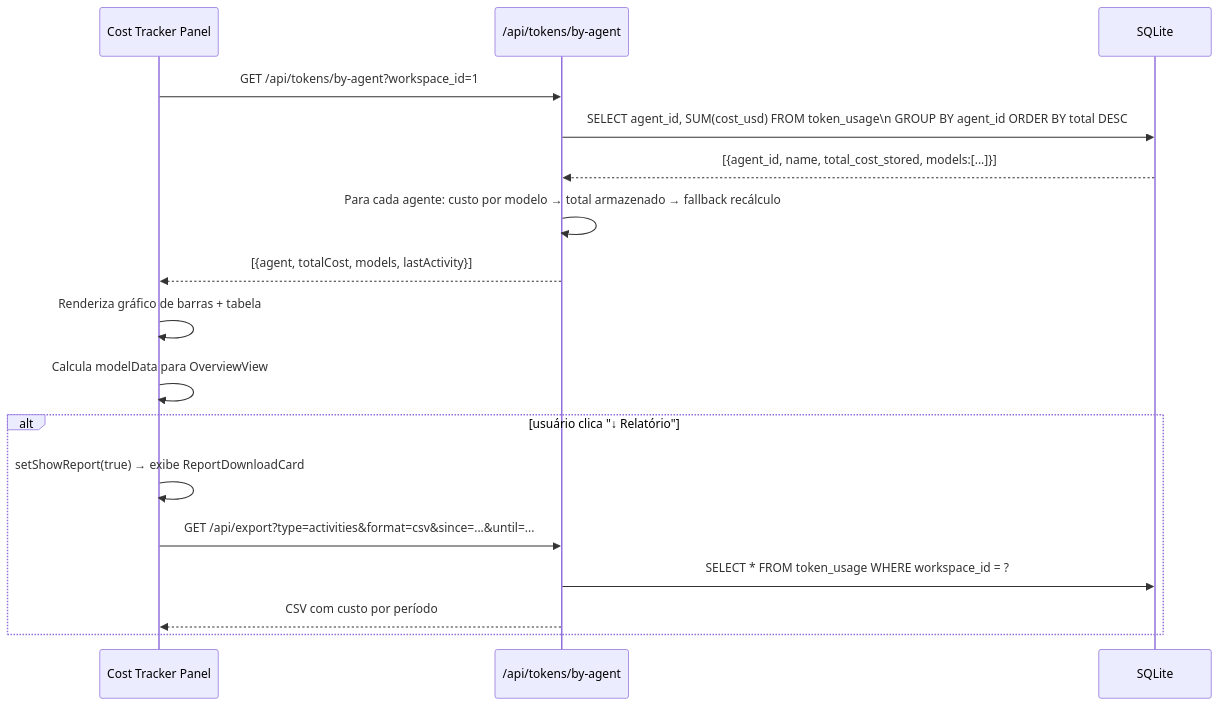
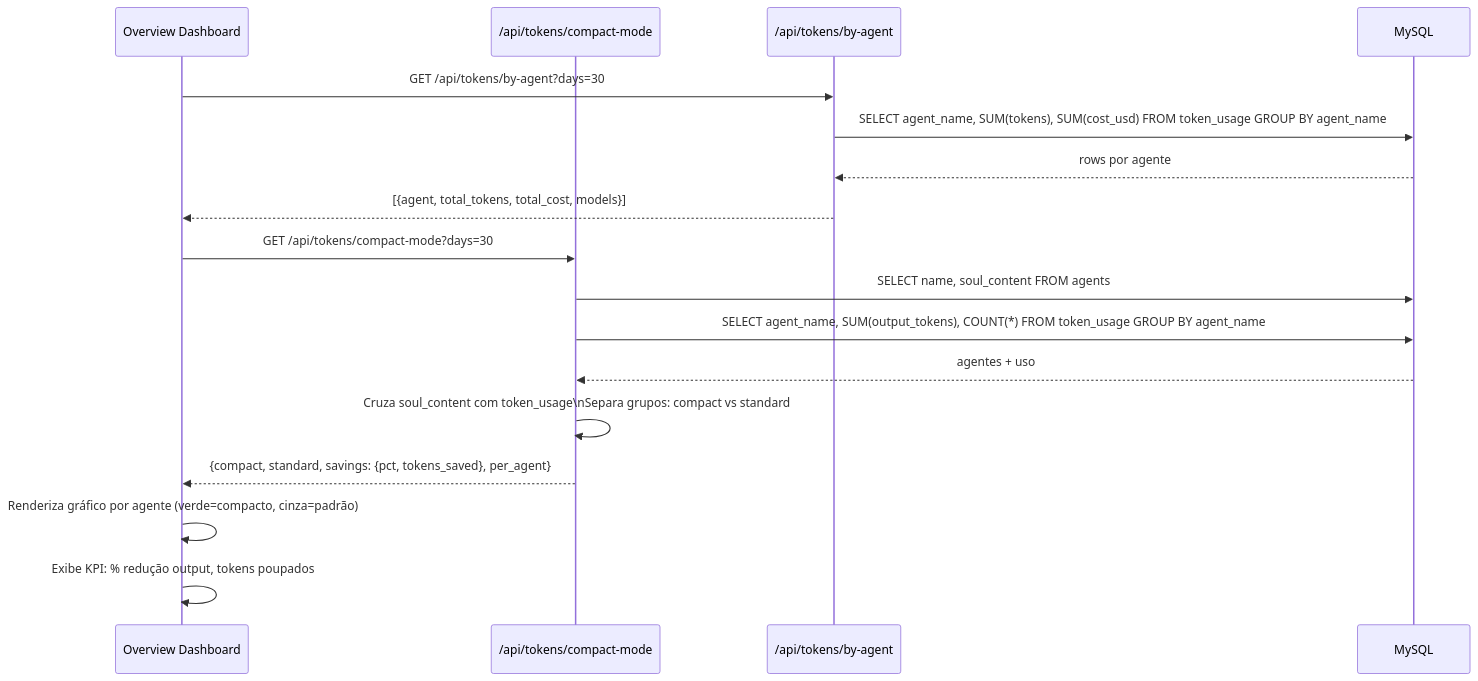
One commit to kamilaalves1/auraefi changed the fifth of 8 diagrams in README.md. Above: the diagram before and after it, drawn with Mermaid. The commit also changed other lines of this file, not shown here.

Commit message:
docs: atualiza README para AURA com MySQL, modo econômico e skill viewer

````diff
--- a/README.md
+++ b/README.md
@@ -214,21 +216,22 @@
 ```mermaid
 sequenceDiagram
-    participant UI as Cost Tracker Panel
-    participant API as /api/tokens/by-agent
-    participant DB as SQLite
+    participant UI as Overview Dashboard
+    participant CMA as /api/tokens/compact-mode
+    participant BA as /api/tokens/by-agent
+    participant DB as MySQL
 
-    UI->>API: GET /api/tokens/by-agent?workspace_id=1
-    API->>DB: SELECT agent_id, SUM(cost_usd) FROM token_usage\n         GROUP BY agent_id ORDER BY total DESC
-    DB-->>API: [{agent_id, name, total_cost_stored, models:[...]}]
-    API->>API: Para cada agente: custo por modelo → total armazenado → fallback recálculo
-    API-->>UI: [{agent, totalCost, models, lastActivity}]
-    UI->>UI: Renderiza gráfico de barras + tabela
-    UI->>UI: Calcula modelData para OverviewView
+    UI->>BA: GET /api/tokens/by-agent?days=30
+    BA->>DB: SELECT agent_name, SUM(tokens), SUM(cost_usd) FROM token_usage GROUP BY agent_name
+    DB-->>BA: rows por agente
+    BA-->>UI: [{agent, total_tokens, total_cost, models}]
 
-    alt usuário clica "↓ Relatório"
-        UI->>UI: setShowReport(true) → exibe ReportDownloadCard
-        UI->>API: GET /api/export?type=activities&format=csv&since=...&until=...
-        API->>DB: SELECT * FROM token_usage WHERE workspace_id = ?
-        API-->>UI: CSV com custo por período
-    end
+    UI->>CMA: GET /api/tokens/compact-mode?days=30
+    CMA->>DB: SELECT name, soul_content FROM agents
+    CMA->>DB: SELECT agent_name, SUM(output_tokens), COUNT(*) FROM token_usage GROUP BY agent_name
+    DB-->>CMA: agentes + uso
+    CMA->>CMA: Cruza soul_content com token_usage\nSepara grupos: compact vs standard
+    CMA-->>UI: {compact, standard, savings: {pct, tokens_saved}, per_agent}
+
+    UI->>UI: Renderiza gráfico por agente (verde=compacto, cinza=padrão)
+    UI->>UI: Exibe KPI: % redução output, tokens poupados
 ```
````
